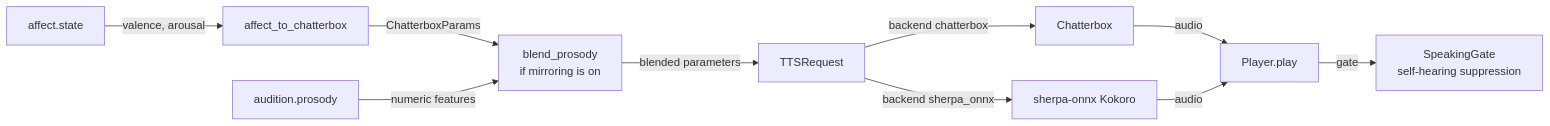
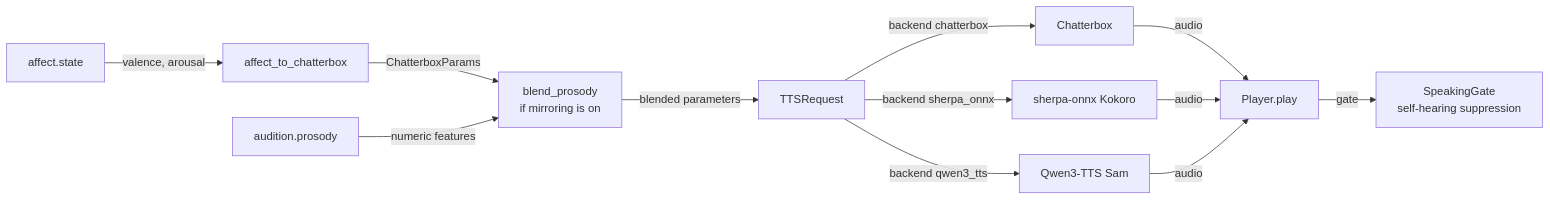
The diagram in docs/09-modules/vocal.md (kaineone/kaine), drawn with Mermaid before and after one commit. The commit also changed other lines of this file and 4 other files, not shown here.

First line of the commit message:
docs: add Qwen3-TTS Sam voice to docs, credits, and health config

````diff
--- a/docs/09-modules/vocal.md
+++ b/docs/09-modules/vocal.md
@@ -159,12 +182,14 @@
 ```mermaid
 flowchart LR
     TS[affect.state] -->|valence, arousal| AM[affect_to_chatterbox]
     AM -->|ChatterboxParams| BP[blend_prosody\nif mirroring is on]
     AP[audition.prosody] -->|numeric features| BP
     BP -->|blended parameters| REQ[TTSRequest]
     REQ -->|backend chatterbox| CB[Chatterbox]
     REQ -->|backend sherpa_onnx| SK[sherpa-onnx Kokoro]
+    REQ -->|backend qwen3_tts| QT[Qwen3-TTS Sam]
     CB -->|audio| PL[Player.play]
     SK -->|audio| PL
+    QT -->|audio| PL
     PL -->|gate| SG[SpeakingGate\nself-hearing suppression]
 ```
````
